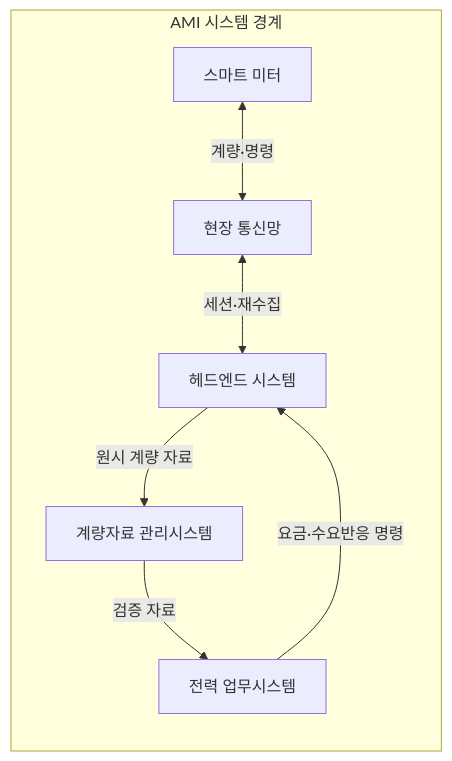
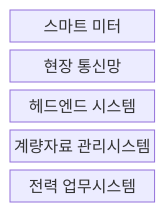
Before and after one commit to agnusdei1207/knowledge-base: the first of 2 diagrams in src/content/docs/notes/04-network/084_advanced_metering_infrastructure.md, drawn with Mermaid. The commit also changed other lines of this file and 11 other files, not shown here.

````diff
--- a/src/content/docs/notes/04-network/084_advanced_metering_infrastructure.md
+++ b/src/content/docs/notes/04-network/084_advanced_metering_infrastructure.md
@@ -53,10 +52,9 @@
 ```mermaid
-flowchart LR
-    subgraph A[AMI 시스템 경계]
-        M["스마트 미터"] <-->|계량·명령| B["현장 통신망"]
-        B <-->|세션·재수집| C["헤드엔드 시스템"]
-        C -->|원시 계량 자료| D["계량자료 관리시스템"]
-        D -->|검증 자료| E["전력 업무시스템"]
-        E -->|요금·수요반응 명령| C
-    end
+block-beta
+    columns 1
+    METER["스마트 미터"]
+    NETWORK["현장 통신망"]
+    HES["헤드엔드 시스템"]
+    MDMS["계량자료 관리시스템"]
+    BIZ["전력 업무시스템"]
 ```
````
